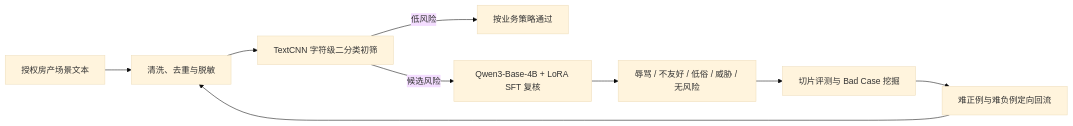
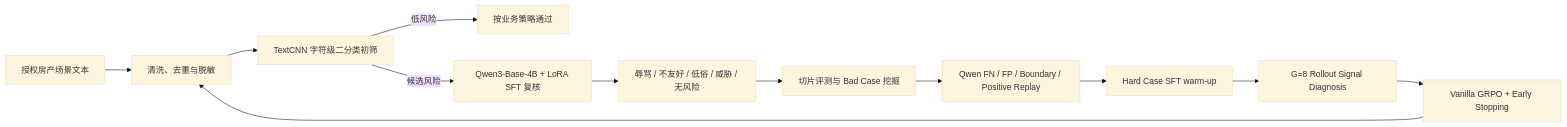
One commit to lwh37/fine-tuning changed the first of 2 diagrams in Existing label optimization/README.md. Above: the diagram before and after it, drawn with Mermaid (base theme). The commit also changed other lines of this file and 12 other files, not shown here.

````diff
--- a/Existing label optimization/README.md
+++ b/Existing label optimization/README.md
@@ -18,11 +18,14 @@
 ```mermaid
 flowchart LR
     A[授权房产场景文本] --> B[清洗、去重与脱敏]
     B --> C[TextCNN 字符级二分类初筛]
     C -->|低风险| D[按业务策略通过]
     C -->|候选风险| E[Qwen3-Base-4B + LoRA SFT 复核]
     E --> F[辱骂 / 不友好 / 低俗 / 威胁 / 无风险]
     F --> G[切片评测与 Bad Case 挖掘]
-    G --> H[难正例与难负例定向回流]
-    H --> B
+    G --> H[Qwen FN / FP / Boundary / Positive Replay]
+    H --> I[Hard Case SFT warm-up]
+    I --> J[G=8 Rollout Signal Diagnosis]
+    J --> K[Vanilla GRPO + Early Stopping]
+    K --> B
 ```
````
